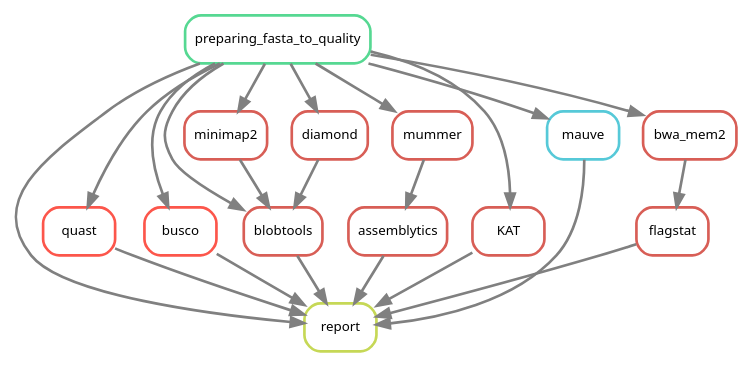
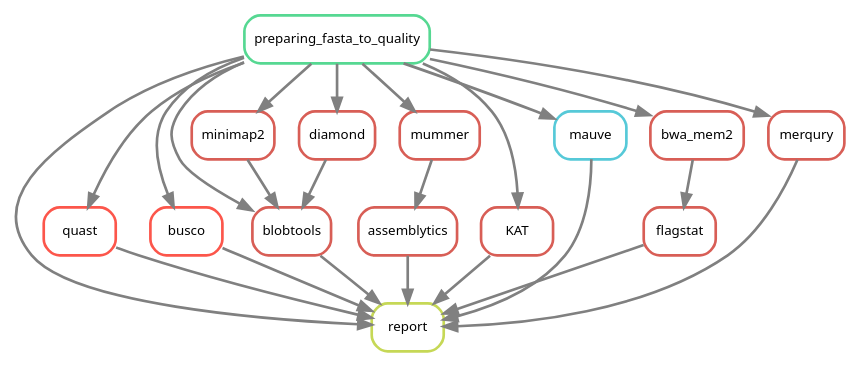
One commit to SouthGreenPlatform/culebrONT changed the diagram in docs/source/_images/quality.dot. Above: the diagram before and after it, drawn with Graphviz. The commit also changed 40 other files, not shown here.

```diff
--- a/docs/source/_images/quality.dot
+++ b/docs/source/_images/quality.dot
@@ -1,39 +1,42 @@
 digraph snakemake_dag {
     graph[bgcolor=white, margin=0];
     node[shape=box, style=rounded, fontname=sans,                 fontsize=10, penwidth=2];
     edge[penwidth=2, color=grey];
 	1[label = "report", color = "0.19 0.6 0.85", style="rounded"];
 	2[label = "preparing_fasta_to_quality", color = "0.41 0.6 0.85", style="rounded"];
 	30[label = "quast", color = "0.01 0.7 0.99", style="rounded"];
 	32[label = "busco", color = "0.01 0.7 0.99", style="rounded"];
 	33[label = "blobtools", color = "0.01 0.6 0.85", style="rounded"];
 	34[label = "minimap2", color = "0.01 0.6 0.85", style="rounded"];
 	35[label = "diamond", color = "0.01 0.6 0.85", style="rounded"];
 	37[label = "assemblytics", color = "0.01 0.6 0.85", style="rounded"];
 	38[label = "mummer", color = "0.01 0.6 0.85", style="rounded"];
 	39[label = "KAT", color = "0.01 0.6 0.85", style="rounded"];
 	42[label = "flagstat", color = "0.01 0.6 0.85", style="rounded"];
 	44[label = "mauve", color = "0.52 0.6 0.85", style="rounded"];
 	43[label = "bwa_mem2", color = "0.01 0.6 0.85", style="rounded"];
+	45[label = "merqury", color = "0.01 0.6 0.85", style="rounded"];
 	2 -> 1
 	37 -> 1
 	44 -> 1
 	33 -> 1
 	30 -> 1
 	39 -> 1
 	2 -> 30
 	32 -> 1
 	2 -> 32
+	45 -> 1
 	2 -> 33
 	35 -> 33
 	34 -> 33
 	2 -> 34
 	2 -> 35
 	38 -> 37
 	2 -> 38
 	2 -> 39
+	2 -> 45
 	42 -> 1
 	43 -> 42
 	2 -> 43
 	2 -> 44
 }
```
